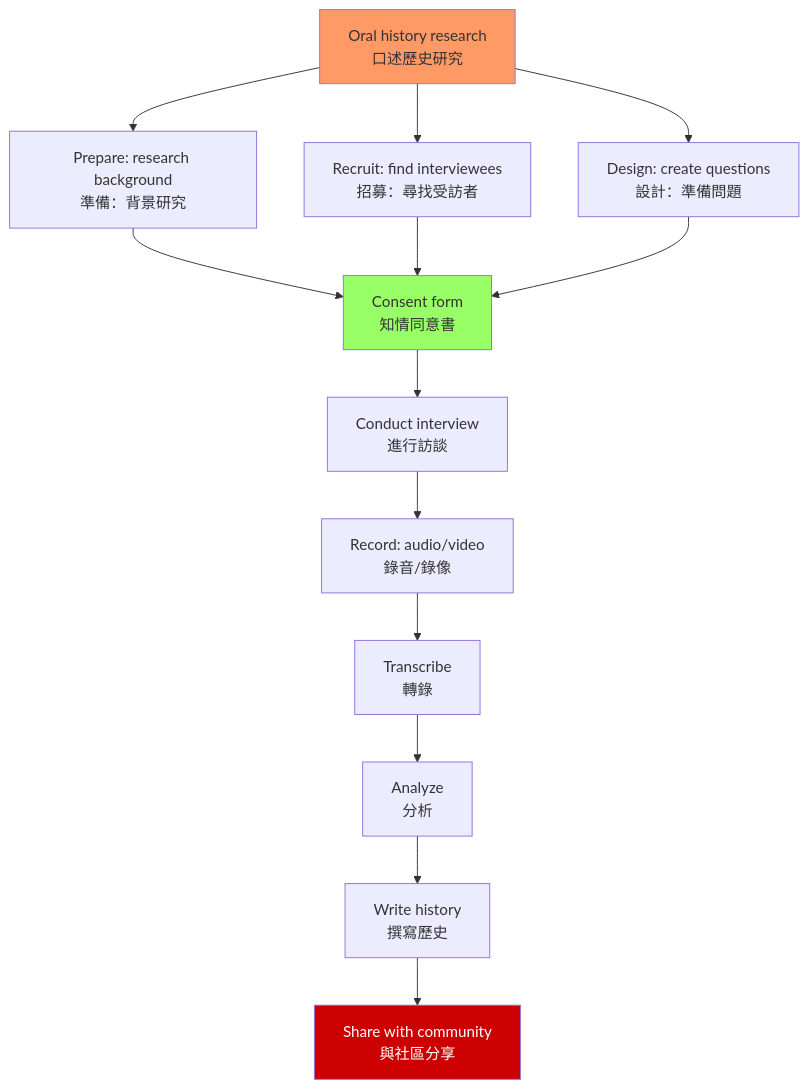
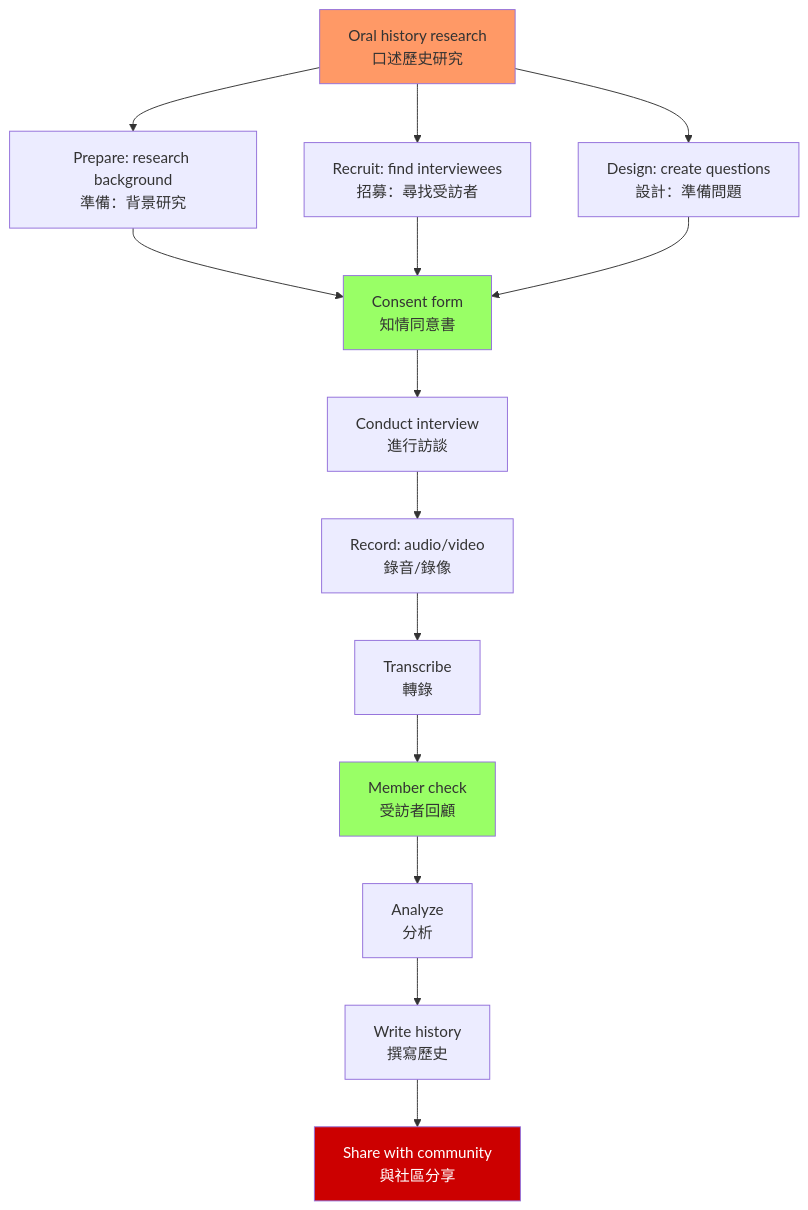
The second of 5 diagrams in 01_HKU_Courses/HIST4035_History_Applied_Internship.md (yip-lgtm/HKU-Harvard-History-Self-Study), drawn with Mermaid before and after one commit. The commit also changed other lines of this file and 22 other files, not shown here.

````diff
--- a/01_HKU_Courses/HIST4035_History_Applied_Internship.md
+++ b/01_HKU_Courses/HIST4035_History_Applied_Internship.md
@@ -123,21 +200,23 @@
 ```mermaid
 flowchart TD
     A[Oral history research<br/>口述歷史研究] --> B[Prepare: research background<br/>準備：背景研究]
     A --> C[Recruit: find interviewees<br/>招募：尋找受訪者]
     A --> D[Design: create questions<br/>設計：準備問題]
     
     B --> E[Consent form<br/>知情同意書]
     C --> E
     D --> E
     
     E --> F[Conduct interview<br/>進行訪談]
     F --> G[Record: audio/video<br/>錄音/錄像]
     G --> H[Transcribe<br/>轉錄]
-    H --> I[Analyze<br/>分析]
-    I --> J[Write history<br/>撰寫歷史]
-    J --> K[Share with community<br/>與社區分享]
+    H --> I[Member check<br/>受訪者回顧]
+    I --> J[Analyze<br/>分析]
+    J --> K[Write history<br/>撰寫歷史]
+    K --> L[Share with community<br/>與社區分享]
     
     style A fill:#f96
     style E fill:#9f6
-    style K fill:#c00,color:#fff
+    style I fill:#9f6
+    style L fill:#c00,color:#fff
 ```
````
